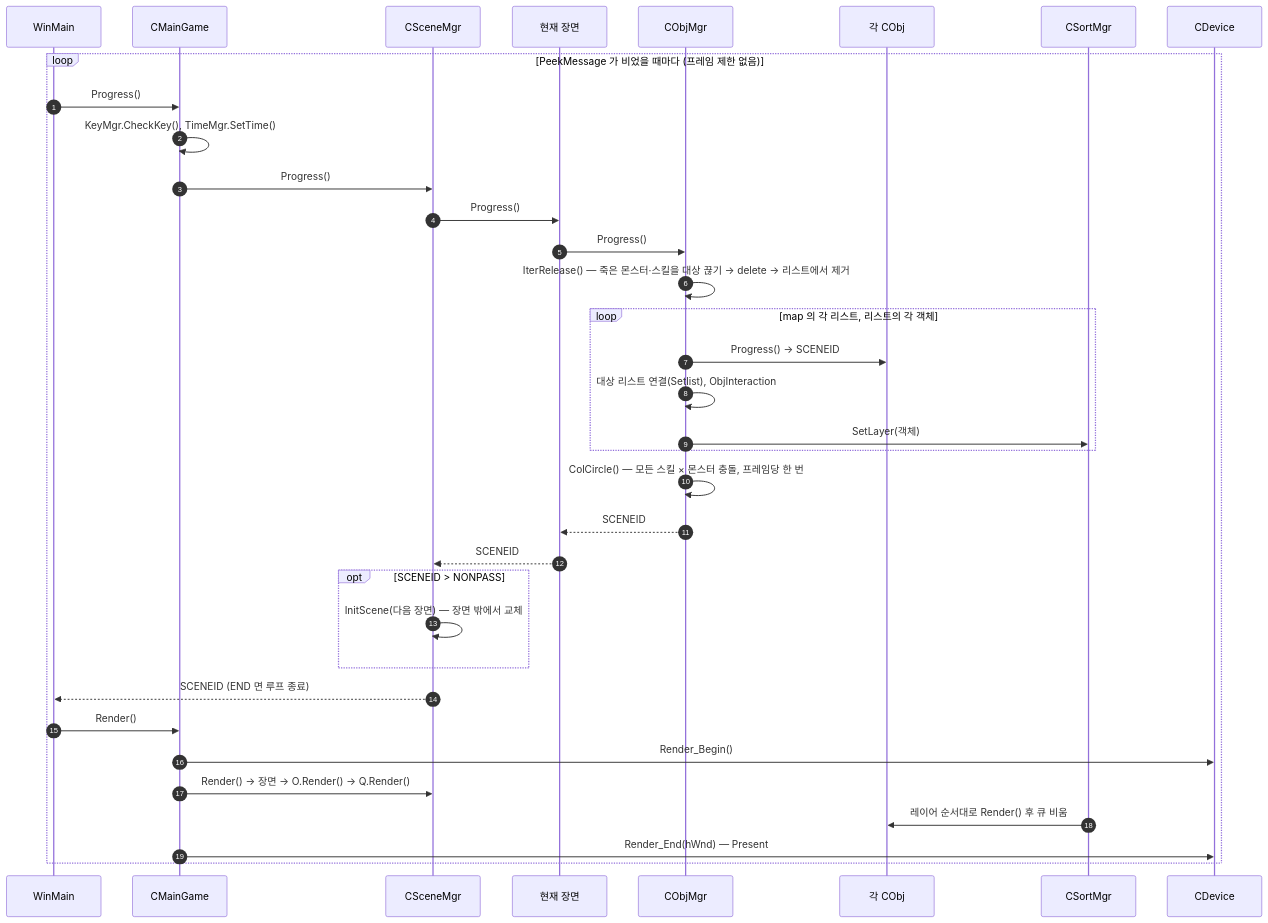
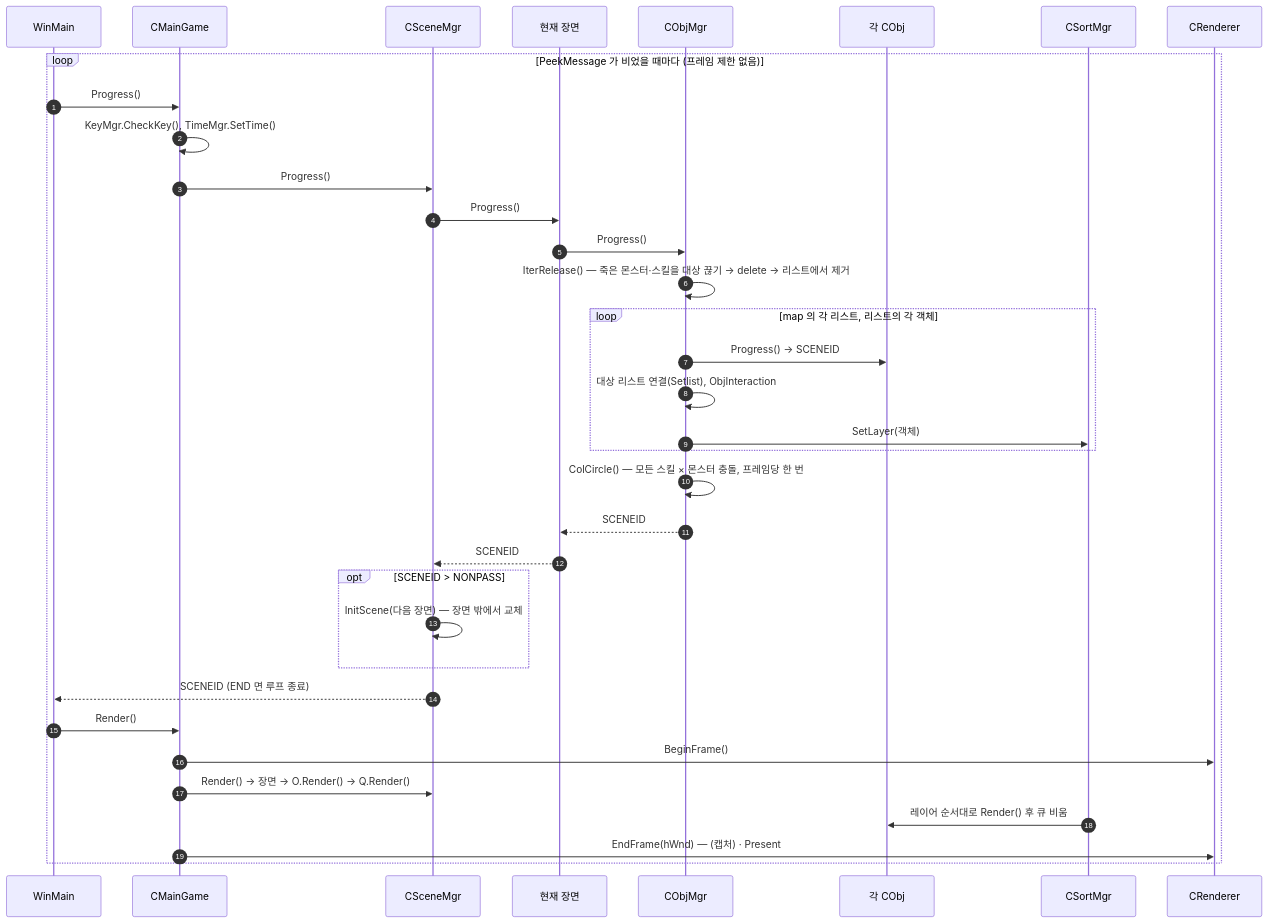
The third of 10 diagrams in docs/ARCHITECTURE.md (Ryujaehyeon/Portfolio), drawn with Mermaid before and after one commit. The commit also changed other lines of this file and 2 other files, not shown here.

First line of the commit message:
docs(render-backend): 렌더러 구조 문서화와 검증 결과 기록

````diff
--- a/docs/ARCHITECTURE.md
+++ b/docs/ARCHITECTURE.md
@@ -104,38 +104,38 @@
 ```mermaid
 sequenceDiagram
     autonumber
     participant W as WinMain
     participant G as CMainGame
     participant S as CSceneMgr
     participant Sc as 현재 장면
     participant O as CObjMgr
     participant Ob as 각 CObj
     participant Q as CSortMgr
-    participant D as CDevice
+    participant D as CRenderer
 
     loop PeekMessage 가 비었을 때마다 (프레임 제한 없음)
         W->>G: Progress()
         G->>G: KeyMgr.CheckKey(), TimeMgr.SetTime()
         G->>S: Progress()
         S->>Sc: Progress()
         Sc->>O: Progress()
         O->>O: IterRelease() — 죽은 몬스터·스킬을 대상 끊기 → delete → 리스트에서 제거
         loop map 의 각 리스트, 리스트의 각 객체
             O->>Ob: Progress() → SCENEID
             O->>O: 대상 리스트 연결(Setlist), ObjInteraction
             O->>Q: SetLayer(객체)
         end
         O->>O: ColCircle() — 모든 스킬 × 몬스터 충돌, 프레임당 한 번
         O-->>Sc: SCENEID
         Sc-->>S: SCENEID
         opt SCENEID > NONPASS
             S->>S: InitScene(다음 장면) — 장면 밖에서 교체
         end
         S-->>W: SCENEID (END 면 루프 종료)
         W->>G: Render()
-        G->>D: Render_Begin()
+        G->>D: BeginFrame()
         G->>S: Render() → 장면 → O.Render() → Q.Render()
         Q->>Ob: 레이어 순서대로 Render() 후 큐 비움
-        G->>D: Render_End(hWnd) — Present
+        G->>D: EndFrame(hWnd) — (캡처) · Present
     end
 ```
````
